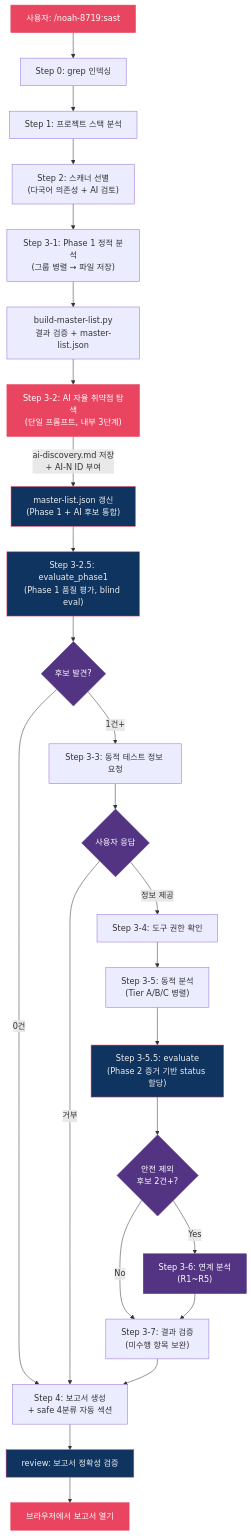
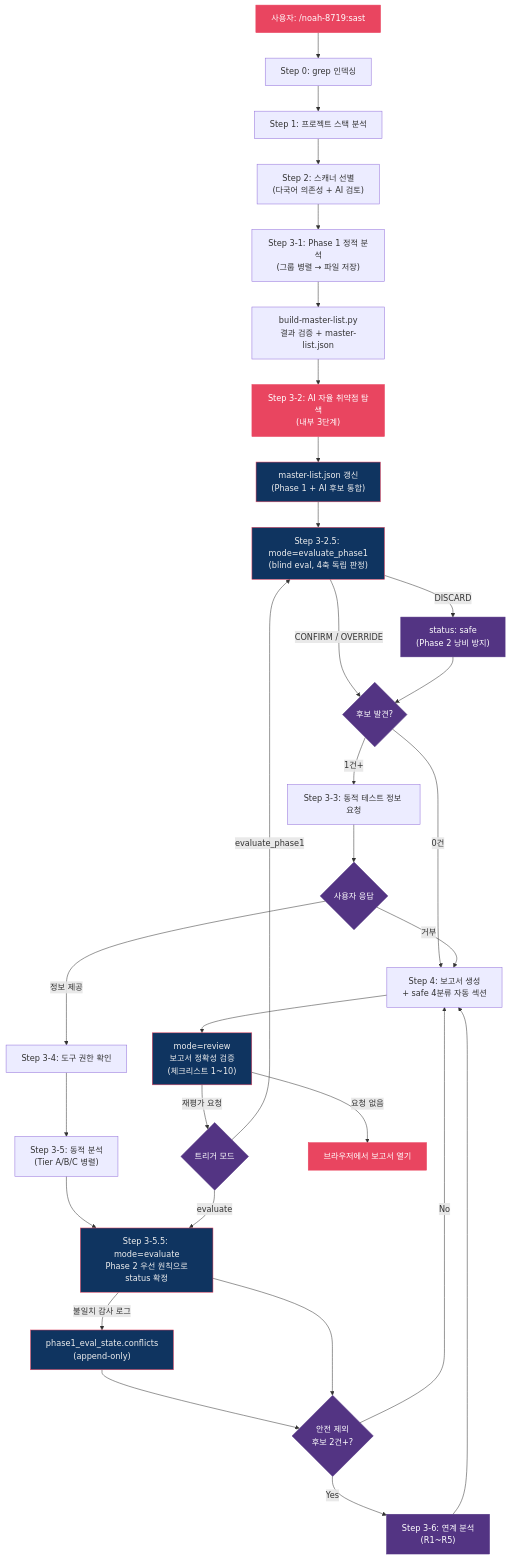
The diagram in README.md (nomarlhack/noah-sast), drawn with Mermaid before and after one commit. The commit also changed other lines of this file, not shown here.

Commit message:
docs(readme): 3모드 분리 + Phase 2 우선 원칙 반영
- 흐름도 업데이트:
  - mode=evaluate_phase1 DISCARD 분기 추가 (Phase 2 낭비 방지)
  - mode=evaluate의 conflicts append-only 감사 로그 노드
  - review 재평가 요청 → evaluate_phase1/evaluate 루프 반영
- 설계 원칙 추가: Phase 2 우선 / 인간 개입 최소화
- 상세 문서 테이블: dispatcher + 공통 원칙·계약 + 3모드 파일 분리 반영

````diff
--- a/README.md
+++ b/README.md
@@ -38,38 +38,47 @@
 ```mermaid
 flowchart TD
     User["사용자: /noah-8719:sast"] --> S0["Step 0: grep 인덱싱"]
     S0 --> S1["Step 1: 프로젝트 스택 분석"]
     S1 --> S2["Step 2: 스캐너 선별\n(다국어 의존성 + AI 검토)"]
     S2 --> S3["Step 3-1: Phase 1 정적 분석\n(그룹 병렬 → 파일 저장)"]
     S3 --> BML2["build-master-list.py\n결과 검증 + master-list.json"]
-    BML2 --> AI["Step 3-2: AI 자율 취약점 탐색\n(단일 프롬프트, 내부 3단계)"]
-    AI -->|"ai-discovery.md 저장\n+ AI-N ID 부여"| MLUpdate2["master-list.json 갱신\n(Phase 1 + AI 후보 통합)"]
-    MLUpdate2 --> EvalP1["Step 3-2.5: evaluate_phase1\n(Phase 1 품질 평가, blind eval)"]
-    EvalP1 --> Check{후보 발견?}
+    BML2 --> AI["Step 3-2: AI 자율 취약점 탐색\n(내부 3단계)"]
+    AI --> MLUpdate2["master-list.json 갱신\n(Phase 1 + AI 후보 통합)"]
+    MLUpdate2 --> EvalP1["Step 3-2.5: mode=evaluate_phase1\n(blind eval, 4축 독립 판정)"]
+    EvalP1 -->|DISCARD| ML_Safe["status: safe\n(Phase 2 낭비 방지)"]
+    EvalP1 -->|CONFIRM / OVERRIDE| Check{후보 발견?}
+    ML_Safe --> Check
     Check -->|0건| S4["Step 4: 보고서 생성\n+ safe 4분류 자동 섹션"]
     Check -->|1건+| Ask["Step 3-3: 동적 테스트 정보 요청"]
     Ask --> UserReply{사용자 응답}
     UserReply -->|정보 제공| Perm["Step 3-4: 도구 권한 확인"]
     UserReply -->|거부| S4
     Perm --> Dynamic["Step 3-5: 동적 분석\n(Tier A/B/C 병렬)"]
-    Dynamic --> Eval["Step 3-5.5: evaluate\n(Phase 2 증거 기반 status 할당)"]
+    Dynamic --> Eval["Step 3-5.5: mode=evaluate\nPhase 2 우선 원칙으로\nstatus 확정"]
+    Eval -->|불일치 감사 로그| Conflicts["phase1_eval_state.conflicts\n(append-only)"]
+    Conflicts --> ChainCheck
     Eval --> ChainCheck{"안전 제외\n후보 2건+?"}
     ChainCheck -->|Yes| Chain["Step 3-6: 연계 분석\n(R1~R5)"]
-    ChainCheck -->|No| Verify
-    Chain --> Verify["Step 3-7: 결과 검증\n(미수행 항목 보완)"]
-    Verify --> S4
-    S4 --> Review["review: 보고서 정확성 검증"]
-    Review --> Open["브라우저에서 보고서 열기"]
+    ChainCheck -->|No| S4
+    Chain --> S4
+    S4 --> Review["mode=review\n보고서 정확성 검증\n(체크리스트 1~10)"]
+    Review -->|재평가 요청| RetryDecide{트리거 모드}
+    RetryDecide -->|evaluate_phase1| EvalP1
+    RetryDecide -->|evaluate| Eval
+    Review -->|요청 없음| Open["브라우저에서 보고서 열기"]
 
     style User fill:#e94560,stroke:#e94560,color:#fff
     style AI fill:#e94560,stroke:#e94560,color:#fff
     style MLUpdate2 fill:#0f3460,stroke:#e94560,color:#eee
     style EvalP1 fill:#0f3460,stroke:#e94560,color:#eee
     style Eval fill:#0f3460,stroke:#e94560,color:#eee
     style Review fill:#0f3460,stroke:#e94560,color:#eee
+    style Conflicts fill:#0f3460,stroke:#e94560,color:#eee
+    style ML_Safe fill:#533483,stroke:#533483,color:#fff
     style Chain fill:#533483,stroke:#533483,color:#fff
     style Open fill:#e94560,stroke:#e94560,color:#fff
     style Check fill:#533483,stroke:#533483,color:#fff
     style ChainCheck fill:#533483,stroke:#533483,color:#fff
     style UserReply fill:#533483,stroke:#533483,color:#fff
+    style RetryDecide fill:#533483,stroke:#533483,color:#fff
 ```
````
